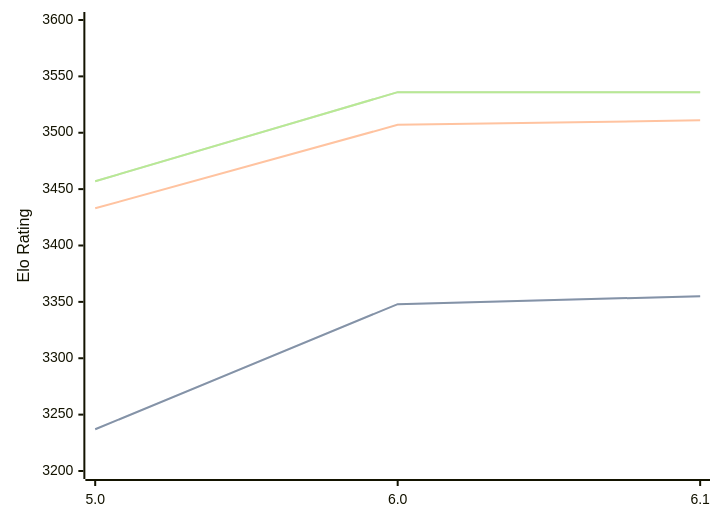
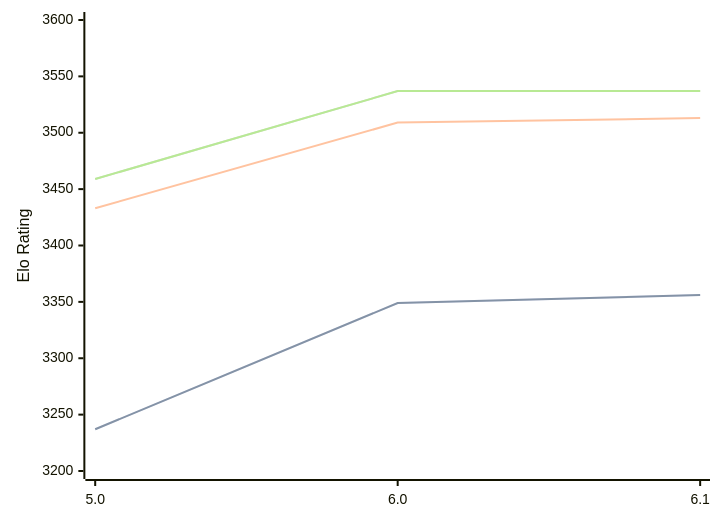
The diagram in engines/Starzix.md (computer-chess-index/cci), drawn with Mermaid before and after one commit. The commit also changed other lines of this file, not shown here.

Commit message:
Update CCI Ratings (ELO VLTC) - 2026-04-07

````diff
--- a/engines/Starzix.md
+++ b/engines/Starzix.md
@@ -37,11 +37,11 @@
 ```mermaid
 %%{init: {"theme":"base","themeVariables":{"seriesColors:['#a3a3a3','#222221','#faa371']}}}%%
 xychart-beta
   x-axis ["5.0", "6.0", "6.1"]
   y-axis "Elo Rating" 3200 --> 3600
-  line "STC (8.0+0.08s)" [3237, 3348, 3355]
-  line "STC (8.0+0.08s)" [3237, 3348, 3355]
-  line "LTC (60.0+0.60s)" [3433, 3507, 3511]
-  line "VLTC (2m24s+1.12s)" [3457, 3536, 3536]
-  line "VLTC (2m24s+1.12s)" [3457, 3536, 3536]
+  line "STC (8.0+0.08s)" [3237, 3349, 3356]
+  line "STC (8.0+0.08s)" [3237, 3349, 3356]
+  line "LTC (60.0+0.60s)" [3433, 3509, 3513]
+  line "VLTC (2m24s+1.12s)" [3459, 3537, 3537]
+  line "VLTC (2m24s+1.12s)" [3459, 3537, 3537]
 ```
````
